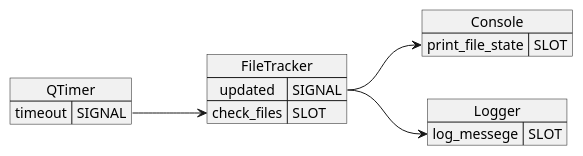
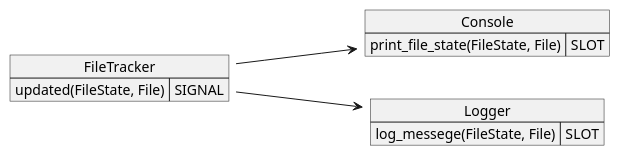
One commit to insert-zkm/QTConsoleFileManager changed the diagram in UML/signal_slot.puml. Above: the diagram before and after it, drawn with PlantUML. The commit also changed 2 other files, not shown here.

Commit message:
class diagram fix

```diff
--- a/UML/signal_slot.puml
+++ b/UML/signal_slot.puml
@@ -1,24 +1,18 @@
 @startuml
 left to right direction
 
-map QTimer {
-   timeout=>SIGNAL
-}
-
 map FileTracker {
-    updated=>SIGNAL
-    check_files=>SLOT
+    updated(FileState, File)=>SIGNAL
 }
 
 map Console {
-    print_file_state=>SLOT
+    print_file_state(FileState, File)=>SLOT
 }
 
 map Logger {
-    log_messege=>SLOT
+    log_messege(FileState, File)=>SLOT
 }
 
-QTimer::timeout --> FileTracker::check_files
-FileTracker::updated --> Console::print_file_state
-FileTracker::updated --> Logger::log_messege
+FileTracker::updated ---> Console::print_file_state
+FileTracker::updated ---> Logger::log_messege
 @enduml
```
